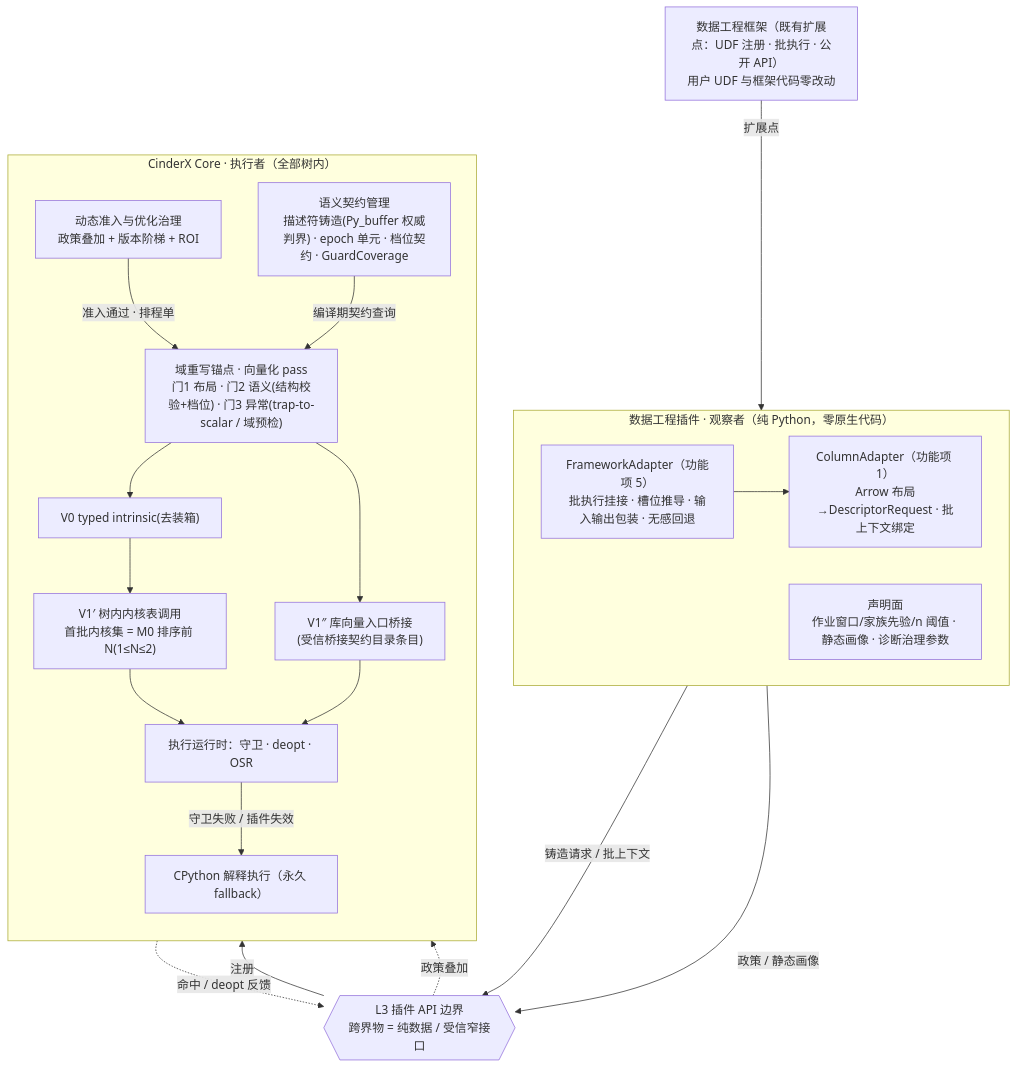
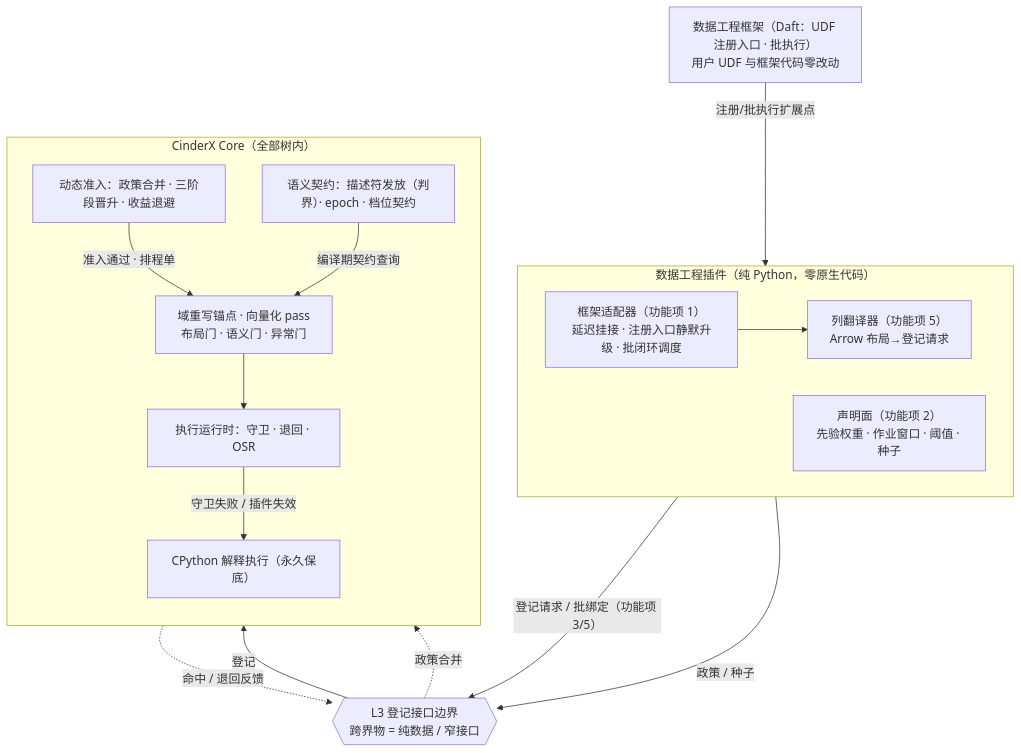
One commit to openeuler-mirror/cinderx changed the first of 3 diagrams in docs/design/data-engineering-plugin/【功能设计】CinderX支持数据工程领域插件.md. Above: the diagram before and after it, drawn with Mermaid. The commit also changed other lines of this file and 1 other file, not shown here.

````diff
--- a/docs/design/data-engineering-plugin/【功能设计】CinderX支持数据工程领域插件.md
+++ b/docs/design/data-engineering-plugin/【功能设计】CinderX支持数据工程领域插件.md
@@ -152,40 +143,34 @@
 ```mermaid
 flowchart TB
-    FWK["数据工程框架（既有扩展点：UDF 注册 · 批执行 · 公开 API）<br/>用户 UDF 与框架代码零改动"]
+    FWK["数据工程框架（Daft：UDF 注册入口 · 批执行）<br/>用户 UDF 与框架代码零改动"]
 
-    subgraph PLG ["数据工程插件 · 观察者（纯 Python，零原生代码）"]
+    subgraph PLG ["数据工程插件（纯 Python，零原生代码）"]
         direction LR
-        FW["FrameworkAdapter（功能项 5）<br/>批执行挂接 · 槽位推导 · 输入输出包装 · 无感回退"]
-        ADPT["ColumnAdapter（功能项 1）<br/>Arrow 布局→DescriptorRequest · 批上下文绑定"]
-        DIST["声明面<br/>作业窗口/家族先验/n 阈值 · 静态画像 · 诊断治理参数"]
+        FW["框架适配器（功能项 1）<br/>延迟挂接 · 注册入口静默升级 · 批闭环调度"]
+        DIST["声明面（功能项 2）<br/>先验权重 · 作业窗口 · 阈值 · 种子"]
+        ADPT["列翻译器（功能项 5）<br/>Arrow 布局→登记请求"]
     end
 
-    GATE{{"L3 插件 API 边界<br/>跨界物 = 纯数据 / 受信窄接口"}}
+    GATE{{"L3 登记接口边界<br/>跨界物 = 纯数据 / 窄接口"}}
 
-    subgraph CORE ["CinderX Core · 执行者（全部树内）"]
+    subgraph CORE ["CinderX Core（全部树内）"]
         direction TB
-        CT["语义契约管理<br/>描述符铸造(Py_buffer 权威判界) · epoch 单元 · 档位契约 · GuardCoverage"]
-        ADM["动态准入与优化治理<br/>政策叠加 + 版本阶梯 + ROI"]
-        AN["域重写锚点 · 向量化 pass<br/>门1 布局 · 门2 语义(结构校验+档位) · 门3 异常(trap-to-scalar / 域预检)"]
-        V0["V0 typed intrinsic(去装箱)"]
-        V1P["V1′ 树内内核表调用<br/>首批内核集 = M0 排序前 N(1≤N≤2)"]
-        V1B["V1″ 库向量入口桥接<br/>(受信桥接契约目录条目)"]
-        EXEC["执行运行时：守卫 · deopt · OSR"]
-        CPY["CPython 解释执行（永久 fallback）"]
+        CT["语义契约：描述符发放（判界）· epoch · 档位契约"]
+        ADM["动态准入：政策合并 · 三阶段晋升 · 收益退避"]
+        AN["域重写锚点 · 向量化 pass<br/>布局门 · 语义门 · 异常门"]
+        EXEC["执行运行时：守卫 · 退回 · OSR"]
+        CPY["CPython 解释执行（永久保底）"]
     end
 
-    FWK -->|扩展点| FW
+    FWK -->|注册/批执行扩展点| FW
     FW --> ADPT
-    ADPT -->|"铸造请求 / 批上下文"| GATE
-    DIST -->|"政策 / 静态画像"| GATE
-    GATE -->|注册| CT
-    GATE -.->|政策叠加| ADM
+    ADPT -->|"登记请求 / 批绑定（功能项 3/5）"| GATE
+    DIST -->|"政策 / 种子"| GATE
+    GATE -->|登记| CT
+    GATE -.->|政策合并| ADM
     ADM -->|"准入通过 · 排程单"| AN
     CT -->|"编译期契约查询"| AN
-    AN --> V0 --> V1P
-    AN --> V1B
-    V1P --> EXEC
-    V1B --> EXEC
+    AN --> EXEC
     EXEC -->|"守卫失败 / 插件失效"| CPY
-    EXEC -.->|"命中 / deopt 反馈"| GATE
+    EXEC -.->|"命中 / 退回反馈"| GATE
 ```
````
